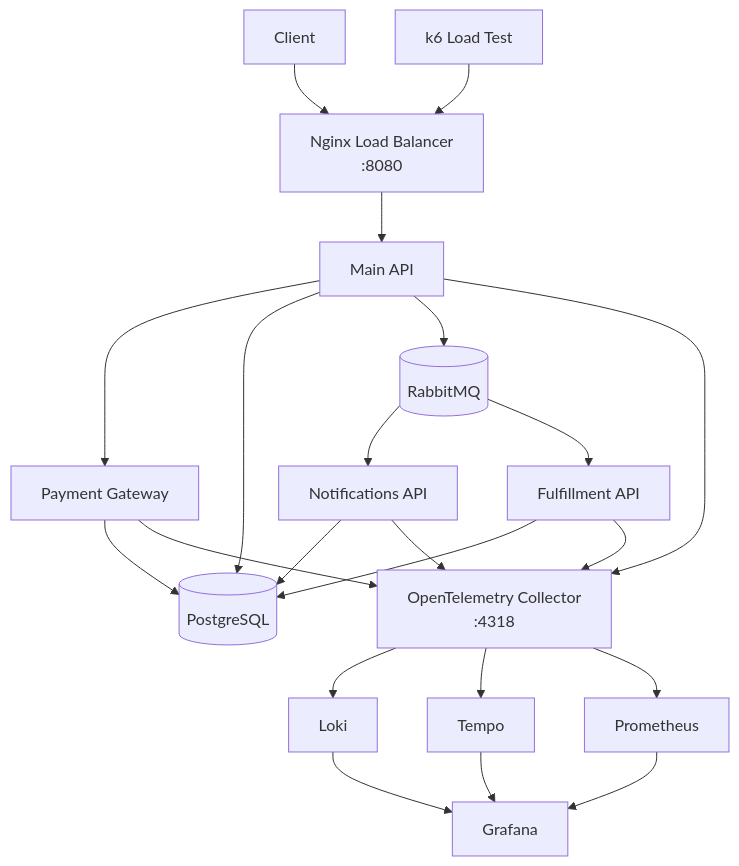
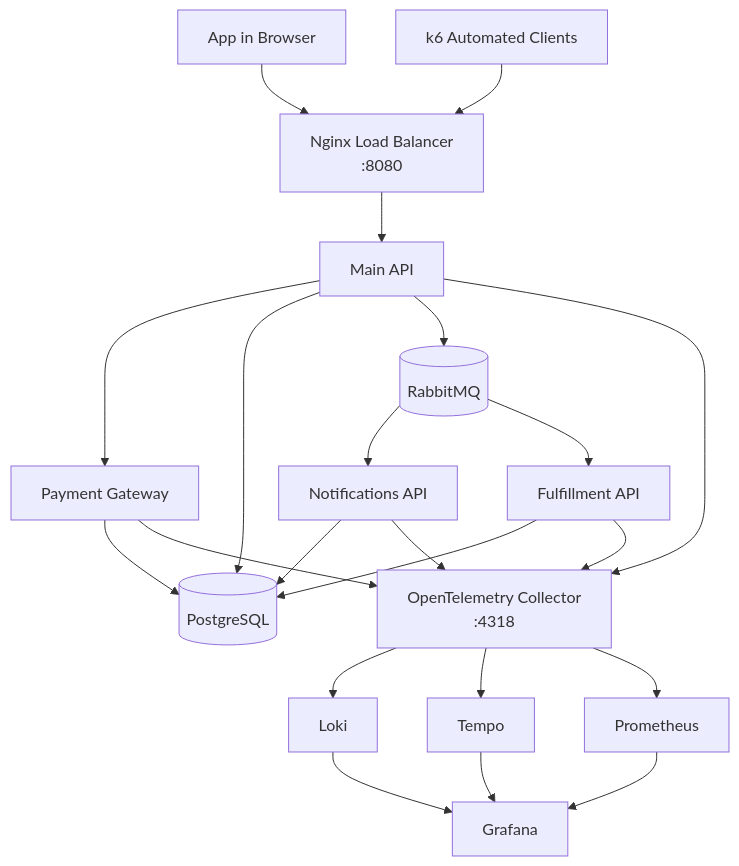
The diagram in README.md (wichurax/SerilogDemo), drawn with Mermaid before and after one commit. The commit also changed other lines of this file and 7 other files, not shown here.

````diff
--- a/README.md
+++ b/README.md
@@ -18,26 +18,26 @@
 ```mermaid
 flowchart TB
-  Client[Client] --> LB[Nginx Load Balancer<br/>:8080]
+  User[App in Browser] --> LB[Nginx Load Balancer<br/>:8080]
+  K6[k6 Automated Clients] --> LB
   LB --> API[Main API]
   API --> PGW[Payment Gateway]
   API --> DB[(PostgreSQL)]
   PGW --> DB
   API --> RMQ[(RabbitMQ)]
   RMQ --> NOTIFY[Notifications API]
   RMQ --> FULFILL[Fulfillment API]
   NOTIFY --> DB
   FULFILL --> DB
 
   API --> OTel[OpenTelemetry Collector<br/>:4318]
   PGW --> OTel
   NOTIFY --> OTel
   FULFILL --> OTel
   OTel --> Loki[Loki]
   OTel --> Tempo[Tempo]
   OTel --> Prom[Prometheus]
   Loki --> Grafana[Grafana]
   Tempo --> Grafana
   Prom --> Grafana
 
-  K6[k6 Load Test] --> LB
 ```
````
